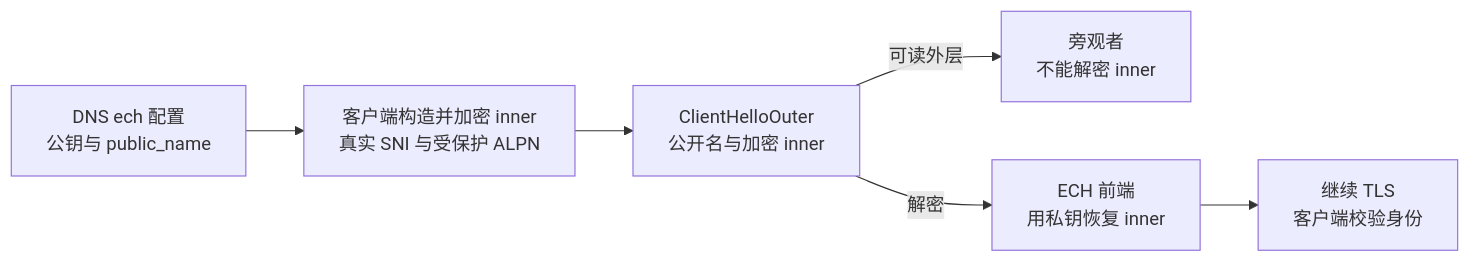
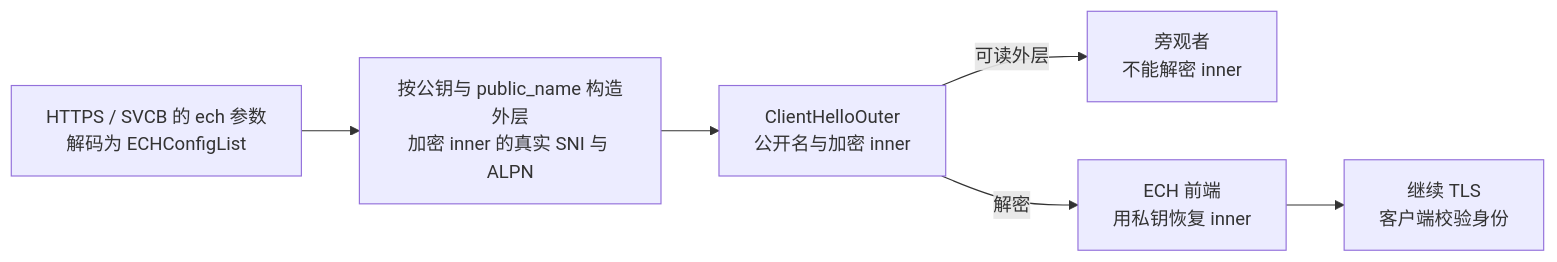
Before and after one commit to fordelkon/delkon.us.kg: the third of 3 diagrams in content/posts/networking/http-evolution-tls-handshake-https.md, drawn with Mermaid. The commit also changed other lines of this file and 8 other files, not shown here.

````diff
--- a/content/posts/networking/http-evolution-tls-handshake-https.md
+++ b/content/posts/networking/http-evolution-tls-handshake-https.md
@@ -101,8 +144,8 @@
 ```mermaid mobile-direction="TB" title="ECH 的公开外层与受保护的 ClientHello" description="展示通过 DNS HTTPS 或 SVCB 的 ech 参数取得配置、并成功使用 ECH 的路径，不表示每次都要重新查询 DNS，也不表示所有站点都提供 ECH。配置包含公钥与 public_name；ClientHelloInner 中的真实 SNI 和受保护 ALPN 被加密后放进外层 ECH 扩展。持有对应私钥的 ECH 前端可恢复 inner，旁观者只能读取外层及网络元数据；客户端仍需完成 TLS 服务身份验证。"
 flowchart LR
- dns["DNS ech 配置<br/>公钥与 public_name"] --> seal["客户端构造并加密 inner<br/>真实 SNI 与受保护 ALPN"]
+ dns["HTTPS / SVCB 的 ech 参数<br/>解码为 ECHConfigList"] --> seal["按公钥与 public_name 构造外层<br/>加密 inner 的真实 SNI 与 ALPN"]
  seal --> outer["ClientHelloOuter<br/>公开名与加密 inner"]
  outer -->|可读外层| observer["旁观者<br/>不能解密 inner"]
  outer -->|解密| frontend["ECH 前端<br/>用私钥恢复 inner"]
  frontend --> tls["继续 TLS<br/>客户端校验身份"]
 ```
````
